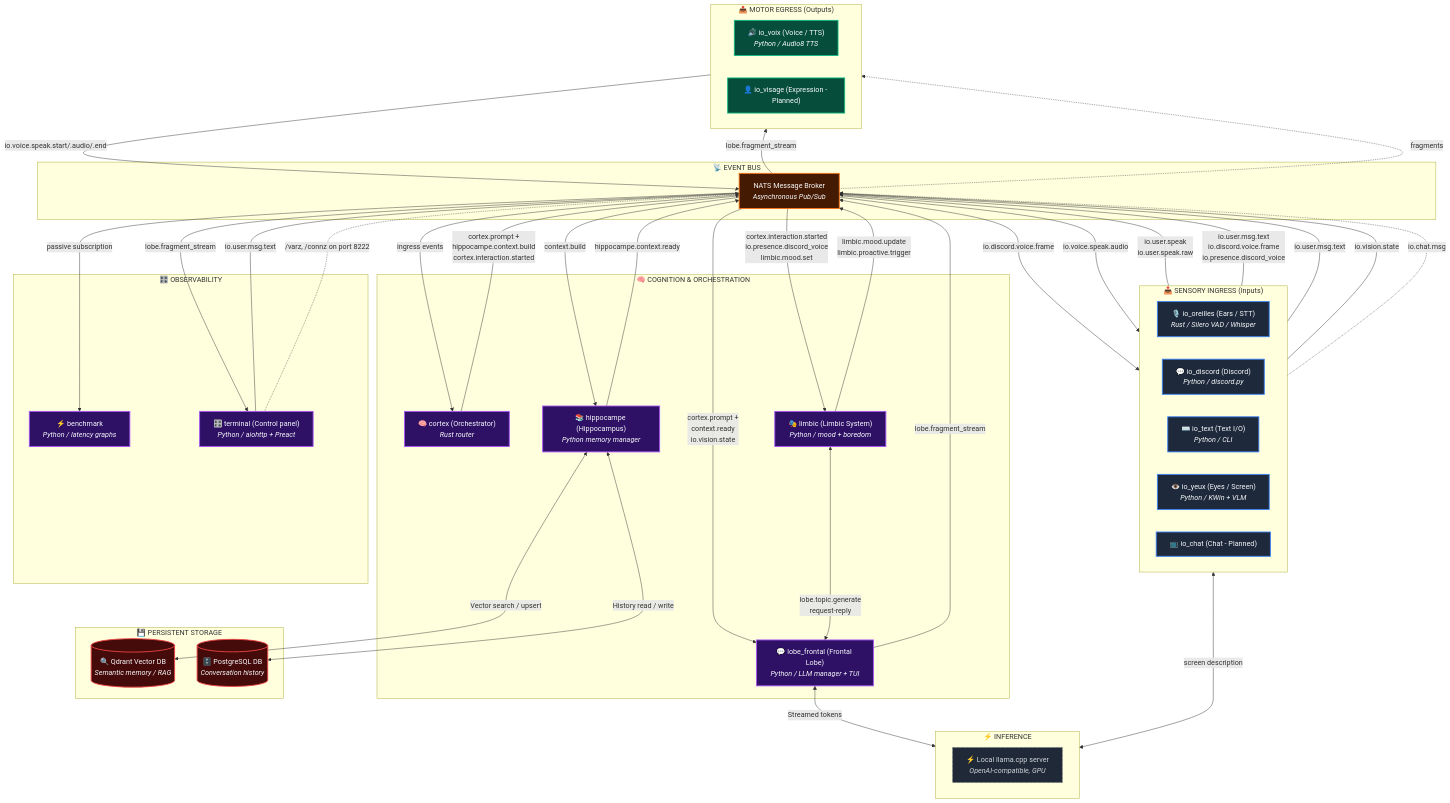
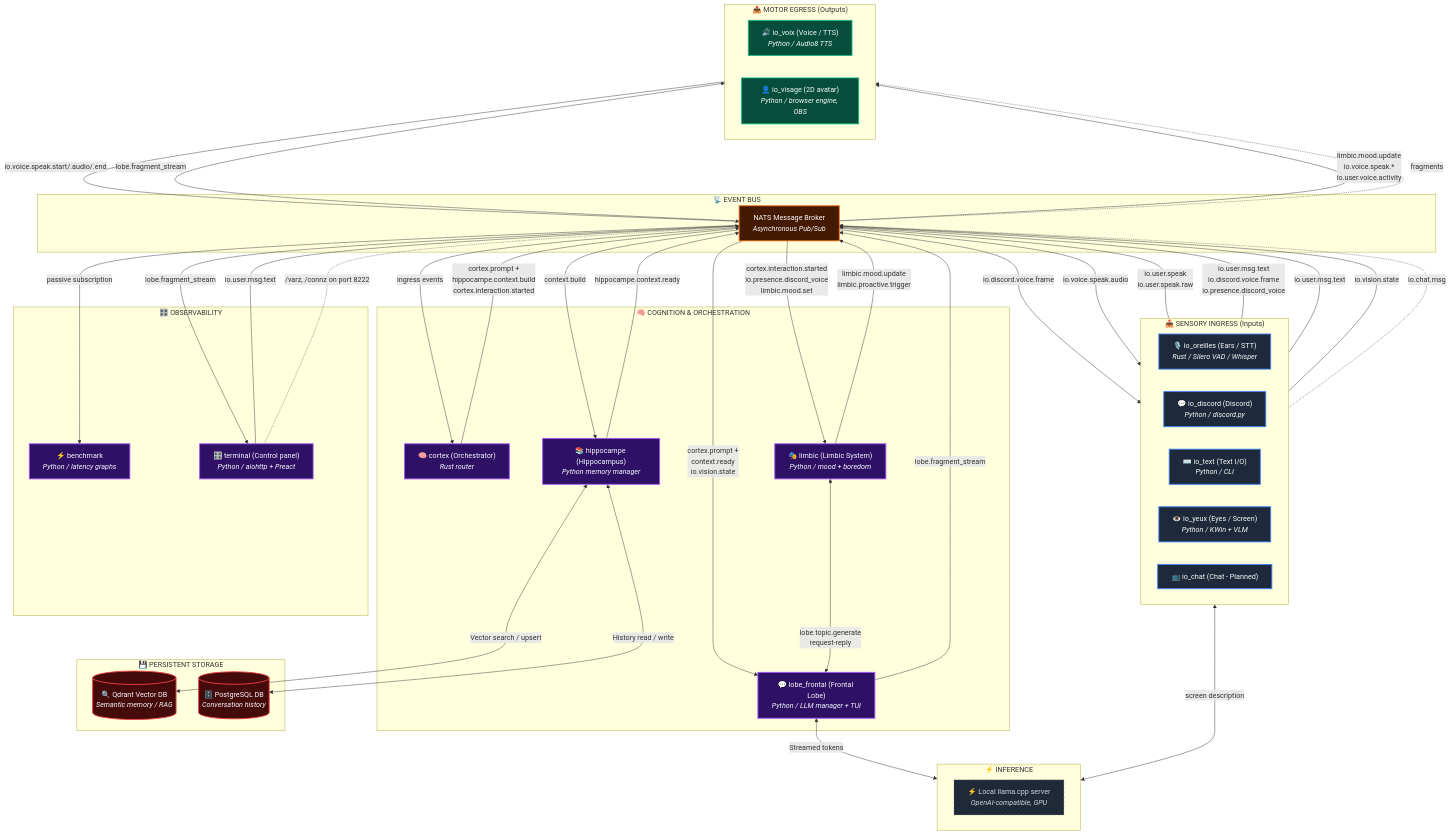
One commit to MiloBonbaril/Aletheia-V3 changed the diagram in README.md. Above: the diagram before and after it, drawn with Mermaid. The commit also changed other lines of this file and 9 other files, not shown here.

First line of the commit message:
io_visage : l'avatar 2D de 2D_Aletheia devient un service géré

```diff
--- a/README.md
+++ b/README.md
@@ -101,7 +102,7 @@
     subgraph Motor_Egress ["📤 MOTOR EGRESS (Outputs)"]
         direction LR
         voix["🔊 io_voix (Voice / TTS)<br/><i>Python / Audio8 TTS</i>"]:::egress
-        visage["👤 io_visage (Expression - Planned)"]:::egress
+        visage["👤 io_visage (2D avatar)<br/><i>Python / browser engine, OBS</i>"]:::egress
     end
 
     subgraph Observability ["🎛️ OBSERVABILITY"]
@@ -139,6 +140,7 @@
     %% Egress
     nats -->|lobe.fragment_stream| voix
     voix -->|io.voice.speak.start/.audio/.end| nats
+    nats -->|limbic.mood.update<br/>io.voice.speak.*<br/>io.user.voice.activity| visage
     nats -->|io.voice.speak.audio| discord
     nats -.->|fragments| visage
 
```
